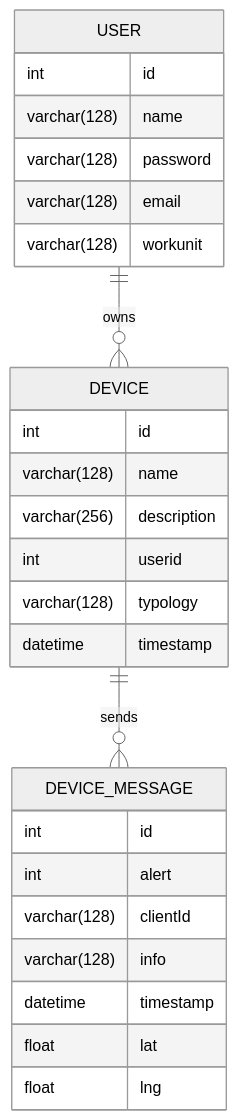
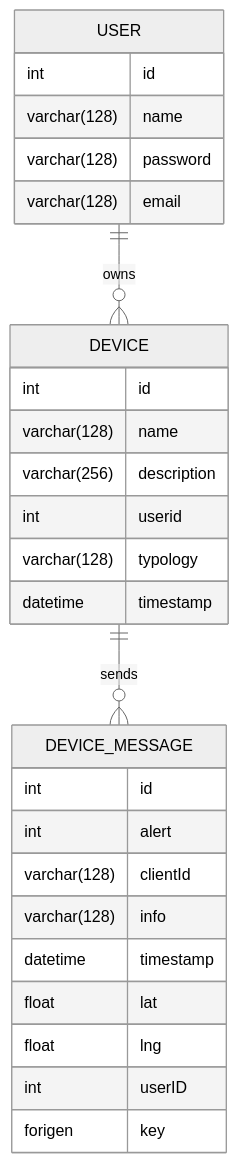
Before and after one commit to weichow23/IoT: the second of 4 diagrams in README.md, drawn with Mermaid (neutral theme). The commit also changed other lines of this file and 42 other files, not shown here.

````diff
--- a/README.md
+++ b/README.md
@@ -153,34 +151,34 @@
 ```mermaid
 erDiagram
 
     USER ||--o{ DEVICE : owns
     DEVICE ||--o{ DEVICE_MESSAGE : sends
 
     USER {
         int id
         varchar(128) name
         varchar(128) password
         varchar(128) email
-        varchar(128) workunit
     }
 
     DEVICE {
         int id
         varchar(128) name
         varchar(256) description
         int userid
         varchar(128) typology
         datetime timestamp
     }
 
     DEVICE_MESSAGE {
         int id
         int alert
         varchar(128) clientId
         varchar(128) info
         datetime timestamp
         float lat
         float lng
+        int userID forigen key
     }
 
 ```
````
